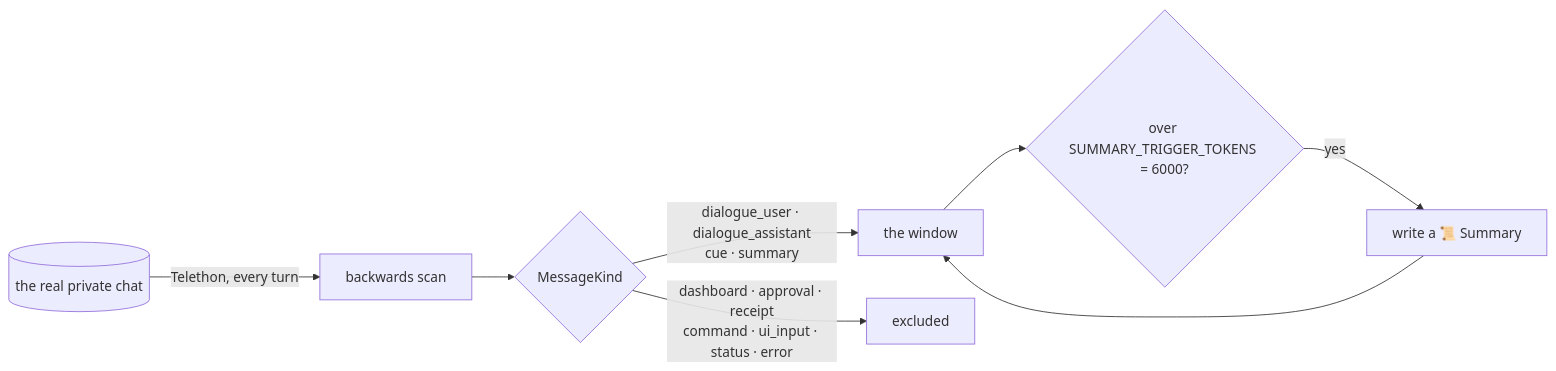
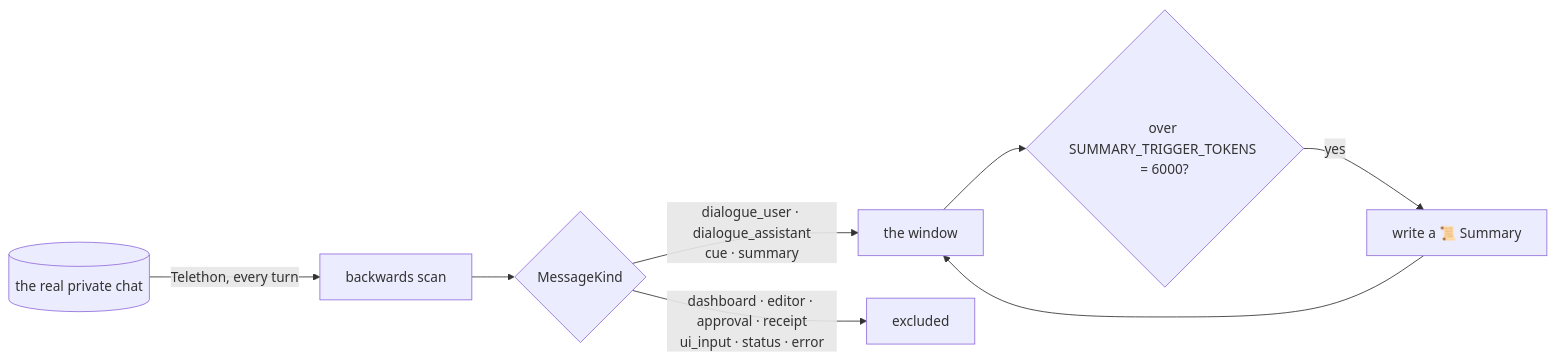
Before and after one commit to myvaheed/tg-ai-safwa: the eighth of 10 diagrams in docs/AGENT_ARCH.md, drawn with Mermaid. The commit also changed other lines of this file and 25 other files, not shown here.

````diff
--- a/docs/AGENT_ARCH.md
+++ b/docs/AGENT_ARCH.md
@@ -326,10 +327,10 @@
 ```mermaid
 flowchart LR
     CHAT[(the real private chat)] -->|Telethon, every turn| SCAN[backwards scan]
     SCAN --> KIND{MessageKind}
     KIND -->|dialogue_user · dialogue_assistant<br/>cue · summary| WINDOW[the window]
-    KIND -->|dashboard · approval · receipt<br/>command · ui_input · status · error| DROP[excluded]
+    KIND -->|dashboard · editor · approval · receipt<br/>ui_input · status · error| DROP[excluded]
     WINDOW --> BUDGET{over SUMMARY_TRIGGER_TOKENS = 6000?}
     BUDGET -->|yes| SUM[write a 📜 Summary]
     SUM --> WINDOW
 ```
````
